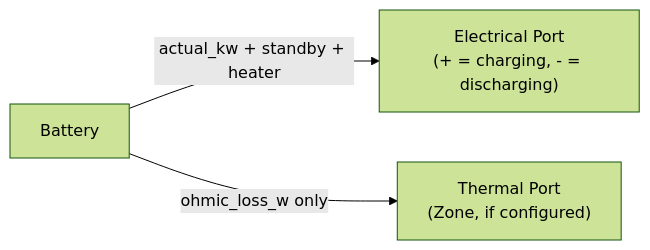
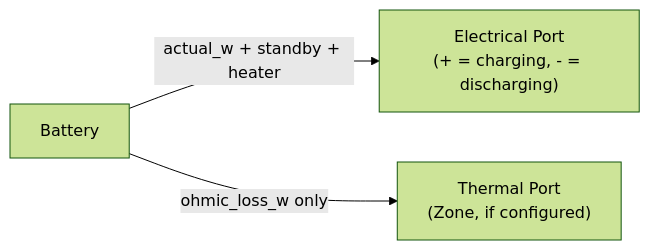
Before and after one commit to AZX-PBC-OSS/HARES: the second of 2 diagrams in docs/equipment/battery.md, drawn with Mermaid (forest theme). The commit also changed other lines of this file and 284 other files, not shown here.

````diff
--- a/docs/equipment/battery.md
+++ b/docs/equipment/battery.md
@@ -172,6 +172,6 @@
 ```mermaid
 graph LR
     BAT["Battery"]
-    BAT -->|"actual_kw + standby + heater"| EL["Electrical Port<br/>(+ = charging, - = discharging)"]
+    BAT -->|"actual_w + standby + heater"| EL["Electrical Port<br/>(+ = charging, - = discharging)"]
     BAT -->|"ohmic_loss_w only"| TH["Thermal Port<br/>(Zone, if configured)"]
 ```
````
